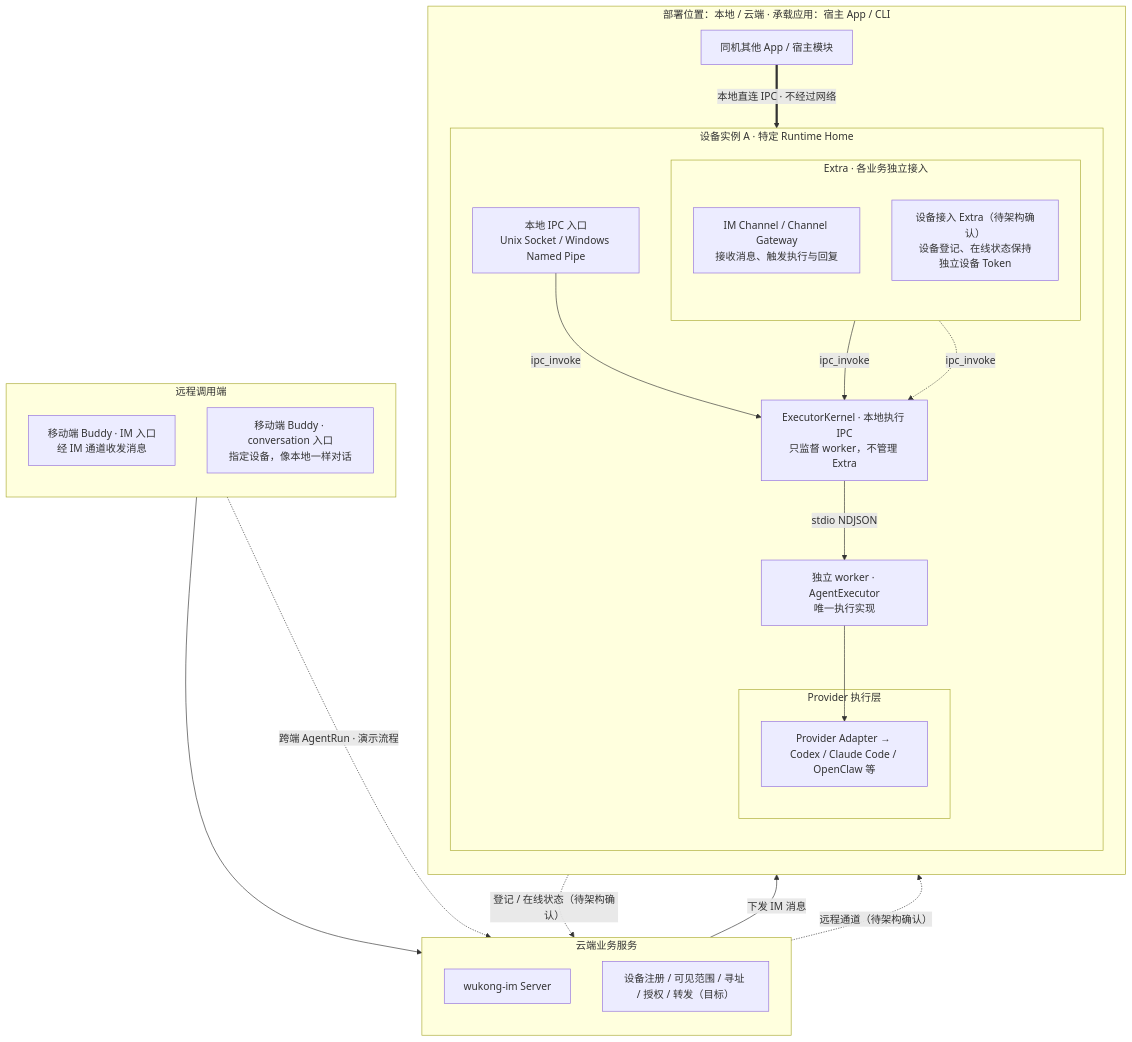
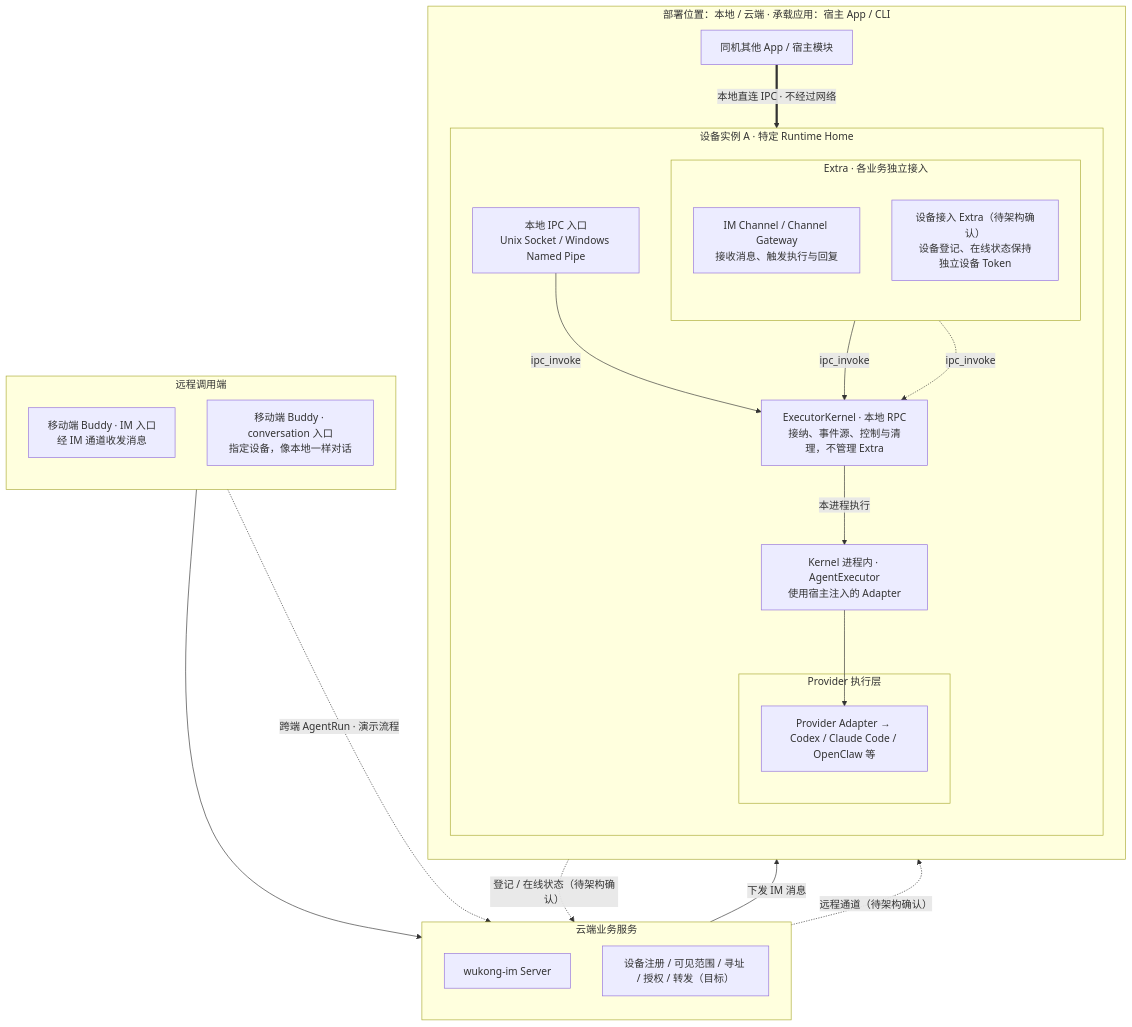
The second of 3 diagrams in ARCHITECTURE.md (Mininglamp-OSS/octo-runtime), drawn with Mermaid before and after one commit. The commit also changed other lines of this file and 195 other files, not shown here.

First line of the commit message:
refactor(kernel): compose native adapters through unified RPC

````diff
--- a/ARCHITECTURE.md
+++ b/ARCHITECTURE.md
@@ -79,42 +81,42 @@
 ```mermaid
 flowchart TB
     subgraph RemoteEntries["远程调用端"]
         direction TB
         MobileIM["移动端 Buddy · IM 入口<br/>经 IM 通道收发消息"]
         MobileConversation["移动端 Buddy · conversation 入口<br/>指定设备，像本地一样对话"]
     end
     subgraph Services["云端业务服务"]
         direction TB
         IM["wukong-im Server"]
         Cloud["设备注册 / 可见范围 / 寻址 / 授权 / 转发（目标）"]
     end
     subgraph Machine["部署位置：本地 / 云端 · 承载应用：宿主 App / CLI"]
         direction TB
         Local["同机其他 App / 宿主模块"]
         subgraph Device["设备实例 A · 特定 Runtime Home"]
             direction TB
             IPC["本地 IPC 入口<br/>Unix Socket / Windows Named Pipe"]
             subgraph Extras["Extra · 各业务独立接入"]
                 direction TB
                 Gateway["IM Channel / Channel Gateway<br/>接收消息、触发执行与回复"]
                 Presence["设备接入 Extra（待架构确认）<br/>设备登记、在线状态保持<br/>独立设备 Token"]
             end
-            Host["ExecutorKernel · 本地执行 IPC<br/>只监督 worker，不管理 Extra"]
-            Worker["独立 worker · AgentExecutor<br/>唯一执行实现"]
+            Host["ExecutorKernel · 本地 RPC<br/>接纳、事件源、控制与清理，不管理 Extra"]
+            Core["Kernel 进程内 · AgentExecutor<br/>使用宿主注入的 Adapter"]
             subgraph Execution["Provider 执行层"]
                 Providers["Provider Adapter → Codex / Claude Code / OpenClaw 等"]
             end
             IPC -->|"ipc_invoke"| Host
             Gateway -->|"ipc_invoke"| Host
             Presence -.->|"ipc_invoke"| Host
-            Host -->|"stdio NDJSON"| Worker
-            Worker --> Providers
+            Host -->|"本进程执行"| Core
+            Core --> Providers
         end
         Local ==>|"本地直连 IPC · 不经过网络"| IPC
     end
     MobileIM --> IM
     MobileConversation -.->|"跨端 AgentRun · 演示流程"| Cloud
     IM -->|"下发 IM 消息"| Gateway
     Presence -.->|"登记 / 在线状态（待架构确认）"| Cloud
     Cloud -.->|"远程通道（待架构确认）"| Presence
 ```
````
